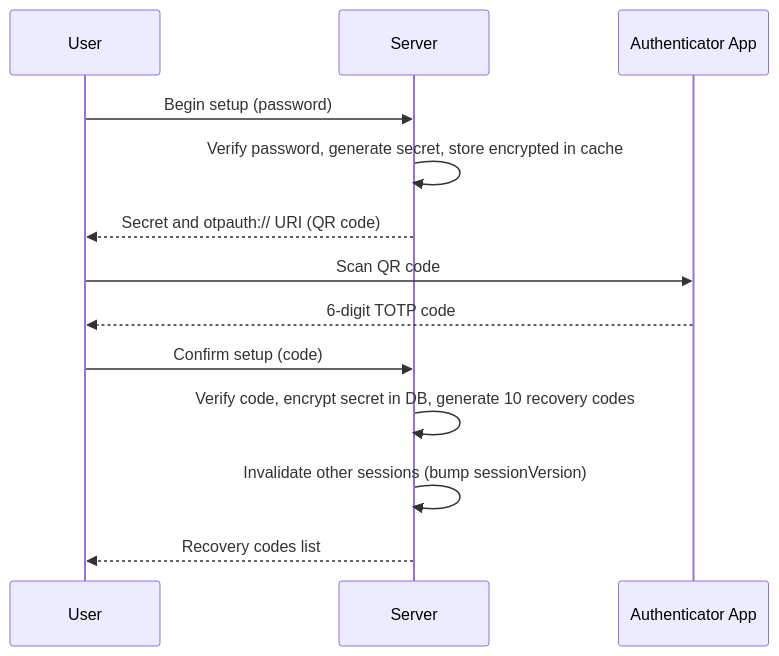
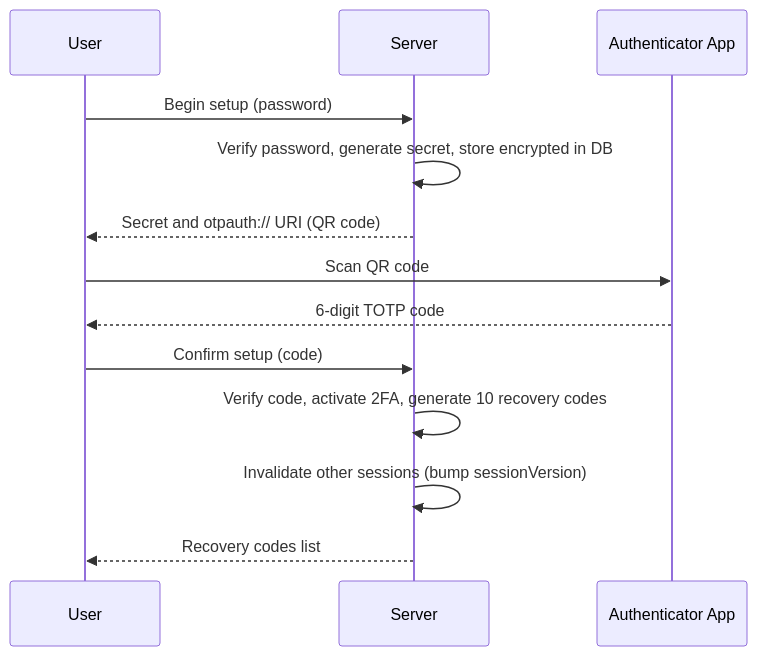
Before and after one commit to Quenary/konvoez: the first of 2 diagrams in docs/TWO_FACTOR.md, drawn with Mermaid. The commit also changed other lines of this file, not shown here.

Commit message:
docs: update two-factor architecture and flow specifications

````diff
--- a/docs/TWO_FACTOR.md
+++ b/docs/TWO_FACTOR.md
@@ -9,16 +9,16 @@
 ```mermaid
 sequenceDiagram
   participant U as User
   participant S as Server
   participant A as Authenticator App
 
   U->>S: Begin setup (password)
-  S->>S: Verify password, generate secret, store encrypted in cache
+  S->>S: Verify password, generate secret, store encrypted in DB
   S-->>U: Secret and otpauth:// URI (QR code)
   U->>A: Scan QR code
   A-->>U: 6-digit TOTP code
   U->>S: Confirm setup (code)
-  S->>S: Verify code, encrypt secret in DB, generate 10 recovery codes
+  S->>S: Verify code, activate 2FA, generate 10 recovery codes
   S->>S: Invalidate other sessions (bump sessionVersion)
   S-->>U: Recovery codes list
 ```
````
